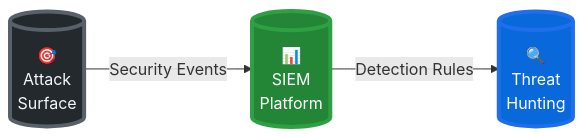
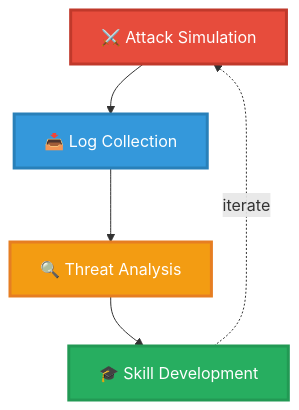
One commit to 0xMart/Homelab-SOC changed the diagram in README.md. Above: the diagram before and after it, drawn with Mermaid.

````diff
--- a/README.md
+++ b/README.md
@@ -5,13 +5,17 @@
 ```mermaid
-flowchart LR
-    A[("🎯<br/>Attack<br/>Surface")]
-    B[("📊<br/>SIEM<br/>Platform")]
-    C[("🔍<br/>Threat<br/>Hunting")]
+flowchart TB
+    Attack["⚔️ Attack Simulation"]
+    Collect["📥 Log Collection"]
+    Analyze["🔍 Threat Analysis"]
+    Learn["🎓 Skill Development"]
     
-    A -->|Security Events| B
-    B -->|Detection Rules| C
+    Attack --> Collect
+    Collect --> Analyze
+    Analyze --> Learn
+    Learn -.->|iterate| Attack
     
-    style A fill:#24292e,stroke:#586069,stroke-width:4px,color:#f0f6fc
-    style B fill:#238636,stroke:#2ea043,stroke-width:4px,color:#ffffff
-    style C fill:#0969da,stroke:#1f6feb,stroke-width:4px,color:#ffffff
+    style Attack fill:#e74c3c,stroke:#c0392b,stroke-width:3px,color:#fff
+    style Collect fill:#3498db,stroke:#2980b9,stroke-width:3px,color:#fff
+    style Analyze fill:#f39c12,stroke:#e67e22,stroke-width:3px,color:#fff
+    style Learn fill:#27ae60,stroke:#229954,stroke-width:3px,color:#fff
 ```
````
